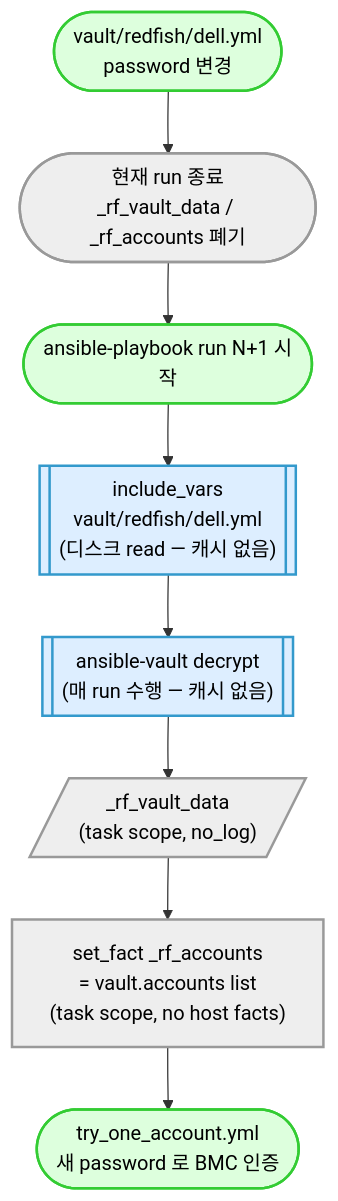
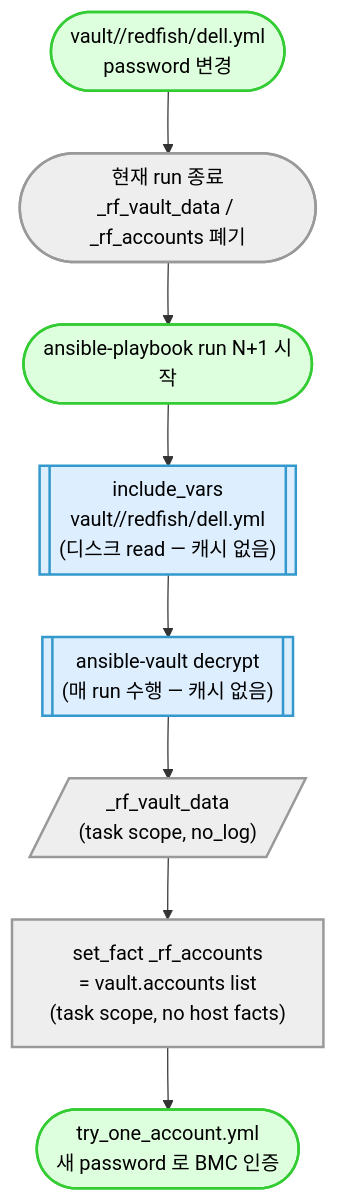
One commit to Jung-HyeonSu/server-expoter changed the diagram in docs/operate/05-vault.md. Above: the diagram before and after it, drawn with Mermaid. The commit also changed other lines of this file and 208 other files, not shown here.

````diff
--- a/docs/operate/05-vault.md
+++ b/docs/operate/05-vault.md
@@ -219,18 +219,18 @@
 ```mermaid
 flowchart TD
-    EDIT([vault/redfish/dell.yml<br/>password 변경]):::ok
+    EDIT([vault/<loc>/redfish/dell.yml<br/>password 변경]):::ok
     RUN_END([현재 run 종료<br/>_rf_vault_data / _rf_accounts 폐기]):::default
     NEW_RUN([ansible-playbook run N+1 시작]):::ok
-    INC[["include_vars<br/>vault/redfish/dell.yml<br/>(디스크 read — 캐시 없음)"]]:::ext
+    INC[["include_vars<br/>vault/<loc>/redfish/dell.yml<br/>(디스크 read — 캐시 없음)"]]:::ext
     DECRYPT[["ansible-vault decrypt<br/>(매 run 수행 — 캐시 없음)"]]:::ext
     DATA[/"_rf_vault_data<br/>(task scope, no_log)"/]:::default
     NORM["set_fact _rf_accounts<br/>= vault.accounts list<br/>(task scope, no host facts)"]:::default
     USE([try_one_account.yml<br/>새 password 로 BMC 인증]):::ok
 
     EDIT --> RUN_END --> NEW_RUN --> INC
     INC --> DECRYPT --> DATA --> NORM --> USE
 
     classDef ok fill:#dfd,stroke:#3c3,stroke-width:2px,color:#000
     classDef default fill:#eee,stroke:#999,stroke-width:2px,color:#000
     classDef ext fill:#def,stroke:#39c,stroke-width:2px,color:#000
 ```
````
